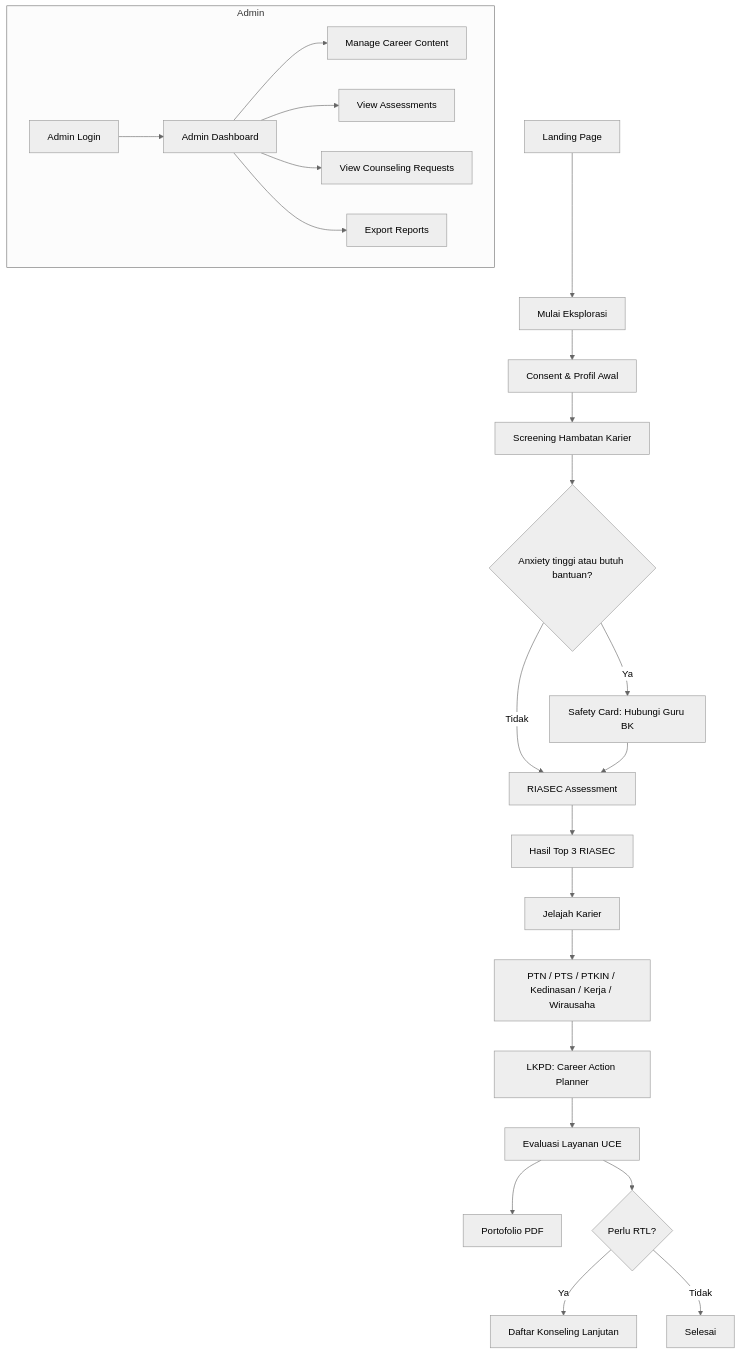
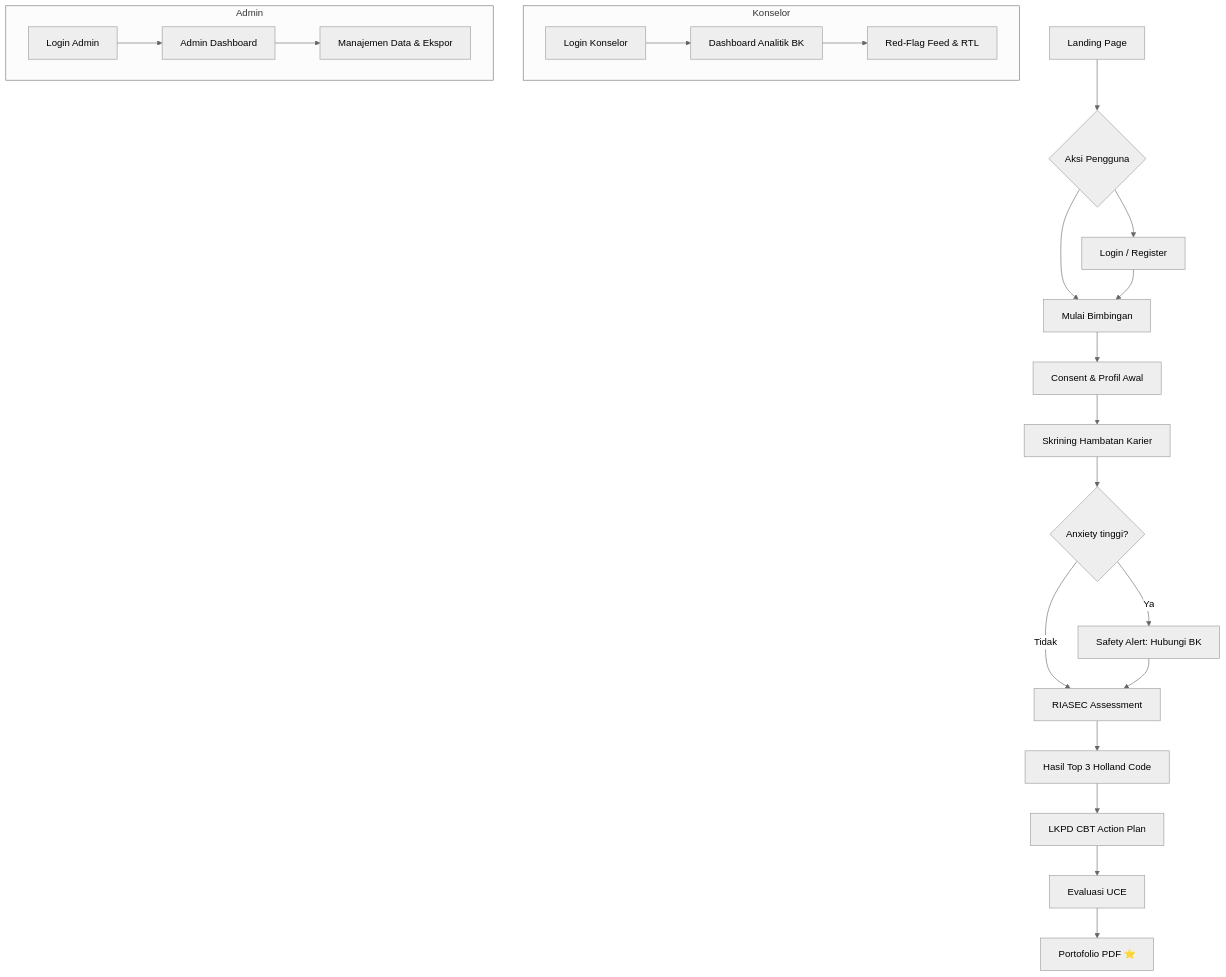
One commit to lightnet19/ruangkarier changed the diagram in README.md. Above: the diagram before and after it, drawn with Mermaid (neutral theme). The commit also changed other lines of this file and 1 other file, not shown here.

````diff
--- a/README.md
+++ b/README.md
@@ -131,27 +151,27 @@
 ```mermaid
 flowchart TD
-    A[Landing Page] --> B[Mulai Eksplorasi]
-    B --> C[Consent & Profil Awal]
-    C --> D[Screening Hambatan Karier]
-    D --> E{Anxiety tinggi atau butuh bantuan?}
-    E -- Ya --> F[Safety Card: Hubungi Guru BK]
+    A[Landing Page] --> B{Aksi Pengguna}
+    B --> L[Login / Register]
+    B --> S[Mulai Bimbingan]
+    L --> S
+    S --> C[Consent & Profil Awal]
+    C --> D[Skrining Hambatan Karier]
+    D --> E{Anxiety tinggi?}
+    E -- Ya --> F[Safety Alert: Hubungi BK]
     E -- Tidak --> G[RIASEC Assessment]
     F --> G
-    G --> H[Hasil Top 3 RIASEC]
-    H --> I[Jelajah Karier]
-    I --> J[PTN / PTS / PTKIN / Kedinasan / Kerja / Wirausaha]
-    J --> K[LKPD: Career Action Planner]
-    K --> L[Evaluasi Layanan UCE]
-    L --> M[Portofolio PDF]
-    L --> N{Perlu RTL?}
-    N -- Ya --> O[Daftar Konseling Lanjutan]
-    N -- Tidak --> P[Selesai]
+    G --> H[Hasil Top 3 Holland Code]
+    H --> I[LKPD CBT Action Plan]
+    I --> J[Evaluasi UCE]
+    J --> K[Portofolio PDF ⭐]
+
+    subgraph Konselor
+      P[Login Konselor] --> Q[Dashboard Analitik BK]
+      Q --> R[Red-Flag Feed & RTL]
+    end
 
     subgraph Admin
-      Q[Admin Login] --> R[Admin Dashboard]
-      R --> S[Manage Career Content]
-      R --> T[View Assessments]
-      R --> U[View Counseling Requests]
-      R --> V[Export Reports]
+      M[Login Admin] --> N[Admin Dashboard]
+      N --> O[Manajemen Data & Ekspor]
     end
 ```
````
